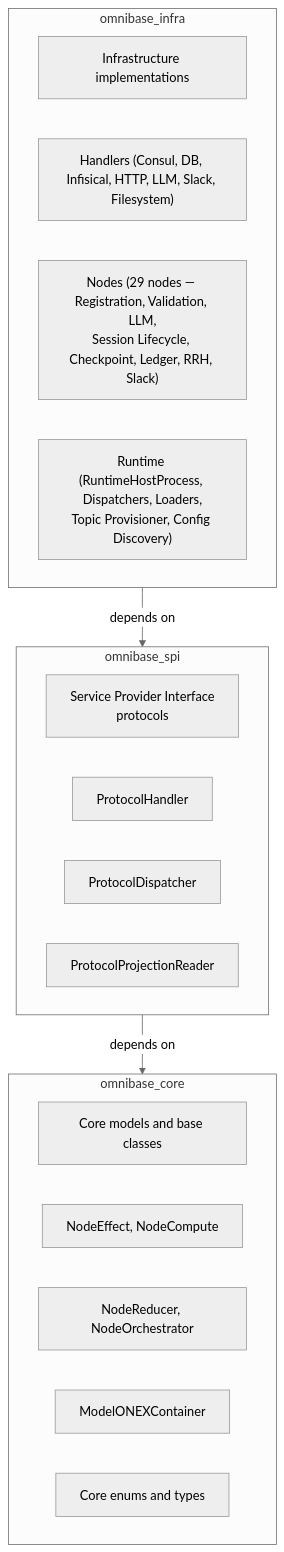
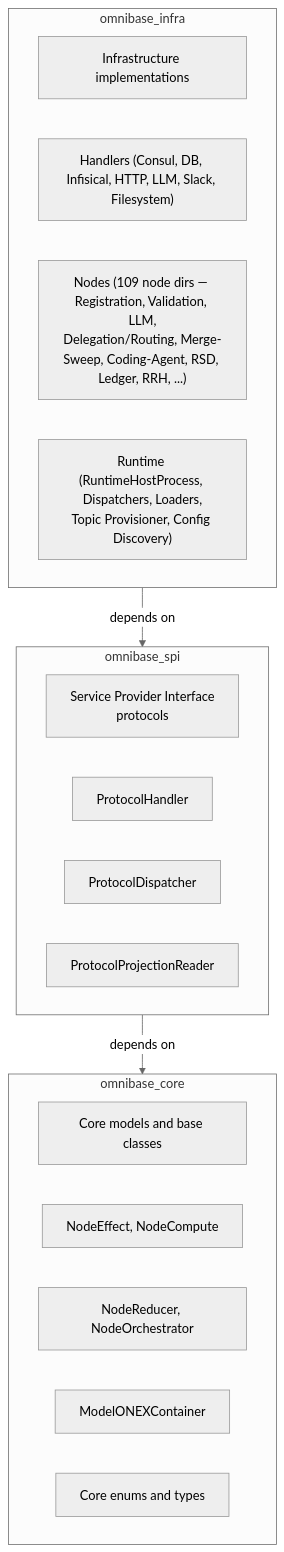
Before and after one commit to OmniNode-ai/omnibase_infra: the fifth of 5 diagrams in docs/architecture/overview.md, drawn with Mermaid (neutral theme). The commit also changed other lines of this file and 1 other file, not shown here.

Commit message:
docs(OMN-13465): refresh architecture docs verified against code

````diff
--- a/docs/architecture/overview.md
+++ b/docs/architecture/overview.md
@@ -821,30 +823,30 @@
 ```mermaid
 flowchart TB
     accTitle: ONEX Package Layering
-    accDescr: Dependency diagram showing the three-layer package architecture. omnibase_infra at the top contains infrastructure implementations including handlers for Consul, DB, Infisical, HTTP, LLM, and Slack, plus 29 nodes across 8 functional families and the RuntimeHostProcess. It depends on omnibase_spi which provides Service Provider Interface protocols. Both depend on omnibase_core at the bottom which provides core models and base classes.
+    accDescr: Dependency diagram showing the three-layer package architecture. omnibase_infra at the top contains infrastructure implementations including handlers for Consul, DB, Infisical, HTTP, LLM, and Slack, plus 109 node directories and the RuntimeHostProcess. It depends on omnibase_spi which provides Service Provider Interface protocols. Both depend on omnibase_core at the bottom which provides core models and base classes.
 
     subgraph INFRA["omnibase_infra"]
         I1[Infrastructure implementations]
         I2["Handlers (Consul, DB, Infisical, HTTP, LLM, Slack, Filesystem)"]
-        I3["Nodes (29 nodes — Registration, Validation, LLM,\nSession Lifecycle, Checkpoint, Ledger, RRH, Slack)"]
+        I3["Nodes (109 node dirs — Registration, Validation, LLM,\nDelegation/Routing, Merge-Sweep, Coding-Agent, RSD, Ledger, RRH, ...)"]
         I4["Runtime (RuntimeHostProcess, Dispatchers, Loaders,\nTopic Provisioner, Config Discovery)"]
     end
 
     subgraph SPI["omnibase_spi"]
         S1[Service Provider Interface<br/>protocols]
         S2[ProtocolHandler]
         S3[ProtocolDispatcher]
         S4[ProtocolProjectionReader]
     end
 
     subgraph CORE["omnibase_core"]
         C1[Core models and base classes]
         C2["NodeEffect, NodeCompute"]
         C3["NodeReducer, NodeOrchestrator"]
         C4[ModelONEXContainer]
         C5[Core enums and types]
     end
 
     INFRA -->|depends on| SPI
     SPI -->|depends on| CORE
 ```
````
